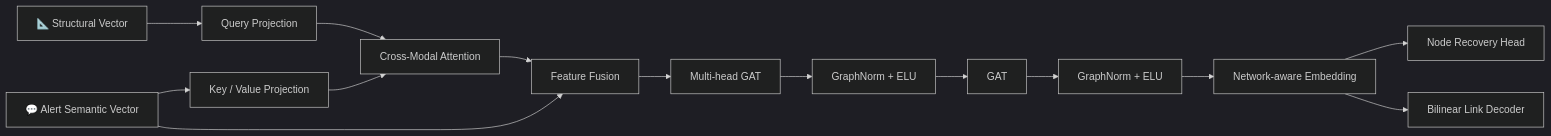
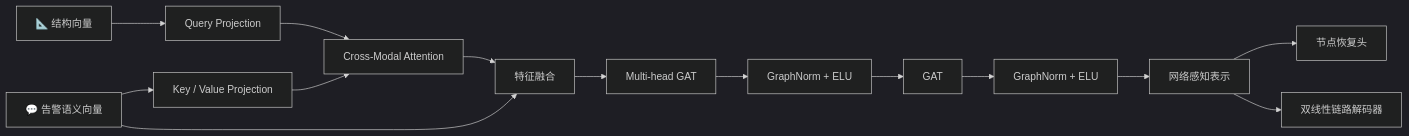
The third of 4 diagrams in readme.md (Xu0225/GNN_LLM_EXP), drawn with Mermaid (dark theme) before and after one commit. The commit also changed other lines of this file, not shown here.

```diff
--- a/readme.md
+++ b/readme.md
@@ -241,23 +249,23 @@
 ~~~mermaid
 flowchart LR
-    ST["📐 Structural Vector"]
-    SM["💬 Alert Semantic Vector"]
+    ST["📐 结构向量"]
+    SM["💬 告警语义向量"]
 
     ST --> Q["Query Projection"]
     SM --> KV["Key / Value Projection"]
 
     Q --> ATT["Cross-Modal Attention"]
     KV --> ATT
 
-    ATT --> CAT["Feature Fusion"]
+    ATT --> CAT["特征融合"]
     SM --> CAT
 
     CAT --> G1["Multi-head GAT"]
     G1 --> GN1["GraphNorm + ELU"]
     GN1 --> G2["GAT"]
     G2 --> GN2["GraphNorm + ELU"]
-    GN2 --> Z["Network-aware Embedding"]
+    GN2 --> Z["网络感知表示"]
 
-    Z --> NODE["Node Recovery Head"]
-    Z --> LINK["Bilinear Link Decoder"]
+    Z --> NODE["节点恢复头"]
+    Z --> LINK["双线性链路解码器"]
 ~~~
```
